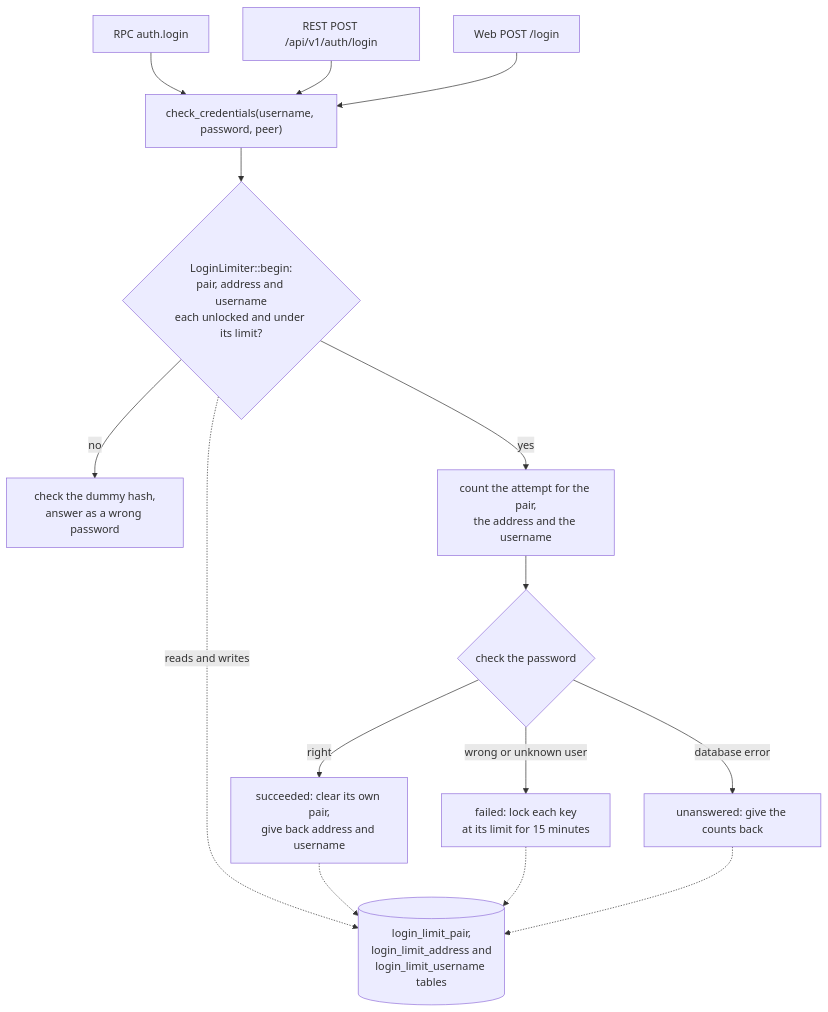
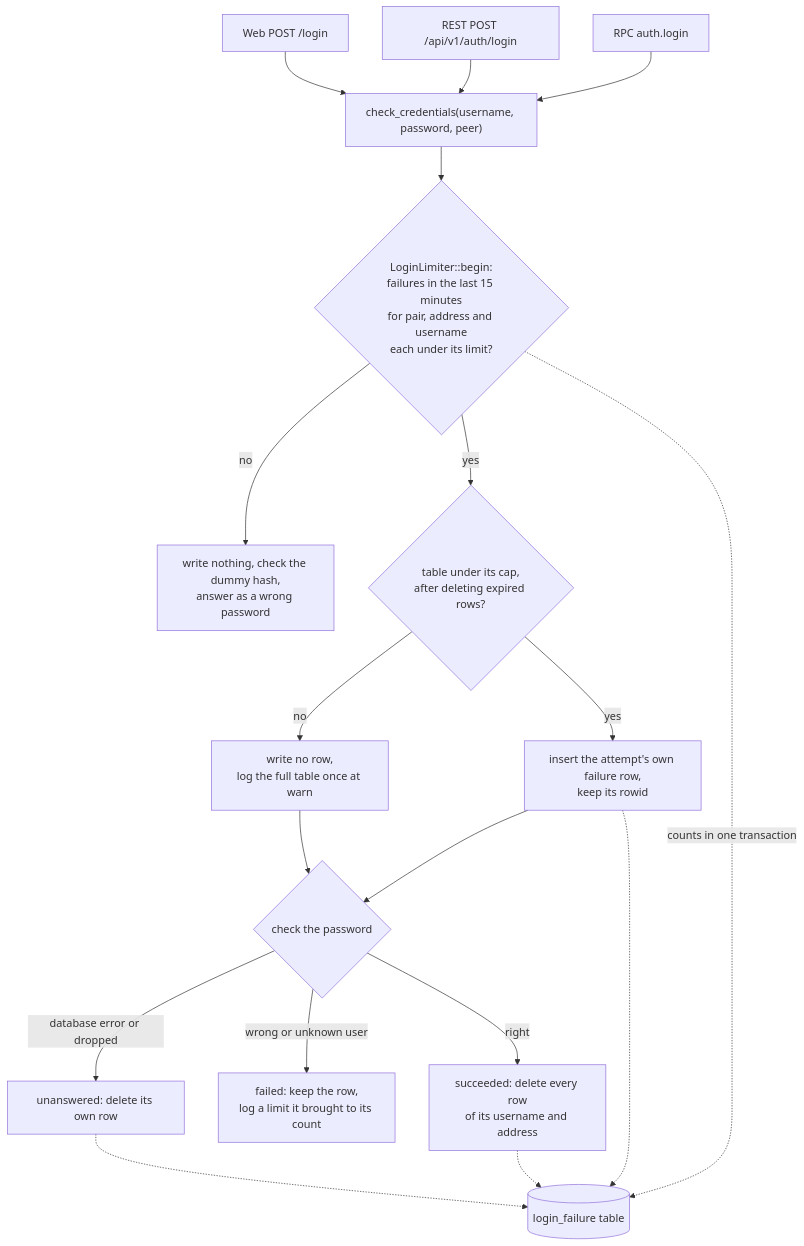
The diagram in docs/architecture/SERVER.md (bwks/sherpa), drawn with Mermaid before and after one commit. The commit also changed other lines of this file and 51 other files, not shown here.

First line of the commit message:
refactor(db): keep the login limit as one table of failed logins, counted over a sliding window

````diff
--- a/docs/architecture/SERVER.md
+++ b/docs/architecture/SERVER.md
@@ -104,17 +107,20 @@
 ```mermaid
 flowchart TD
     rpc["RPC auth.login"] --> check
     rest["REST POST /api/v1/auth/login"] --> check
     web["Web POST /login"] --> check
-    check["check_credentials(username, password, peer)"] --> begin{"LoginLimiter::begin:<br/>pair, address and username<br/>each unlocked and under its limit?"}
-    begin -- no --> refused["check the dummy hash,<br/>answer as a wrong password"]
-    begin -- yes --> count["count the attempt for the pair,<br/>the address and the username"]
-    count --> verify{"check the password"}
-    verify -- right --> success["succeeded: clear its own pair,<br/>give back address and username"]
-    verify -- "wrong or unknown user" --> failure["failed: lock each key<br/>at its limit for 15 minutes"]
-    verify -- "database error" --> unanswered["unanswered: give the counts back"]
-    begin -. reads and writes .-> table[("login_limit_pair,<br/>login_limit_address and<br/>login_limit_username tables")]
+    check["check_credentials(username, password, peer)"] --> begin{"LoginLimiter::begin:<br/>failures in the last 15 minutes<br/>for pair, address and username<br/>each under its limit?"}
+    begin -- no --> refused["write nothing, check the dummy hash,<br/>answer as a wrong password"]
+    begin -- yes --> room{"table under its cap,<br/>after deleting expired rows?"}
+    room -- yes --> insert["insert the attempt's own failure row,<br/>keep its rowid"]
+    room -- no --> nowrite["write no row,<br/>log the full table once at warn"]
+    insert --> verify{"check the password"}
+    nowrite --> verify
+    verify -- right --> success["succeeded: delete every row<br/>of its username and address"]
+    verify -- "wrong or unknown user" --> failure["failed: keep the row,<br/>log a limit it brought to its count"]
+    verify -- "database error or dropped" --> unanswered["unanswered: delete its own row"]
+    begin -. counts in one transaction .-> table[("login_failure table")]
+    insert -.-> table
     success -.-> table
-    failure -.-> table
     unanswered -.-> table
 ```
````
